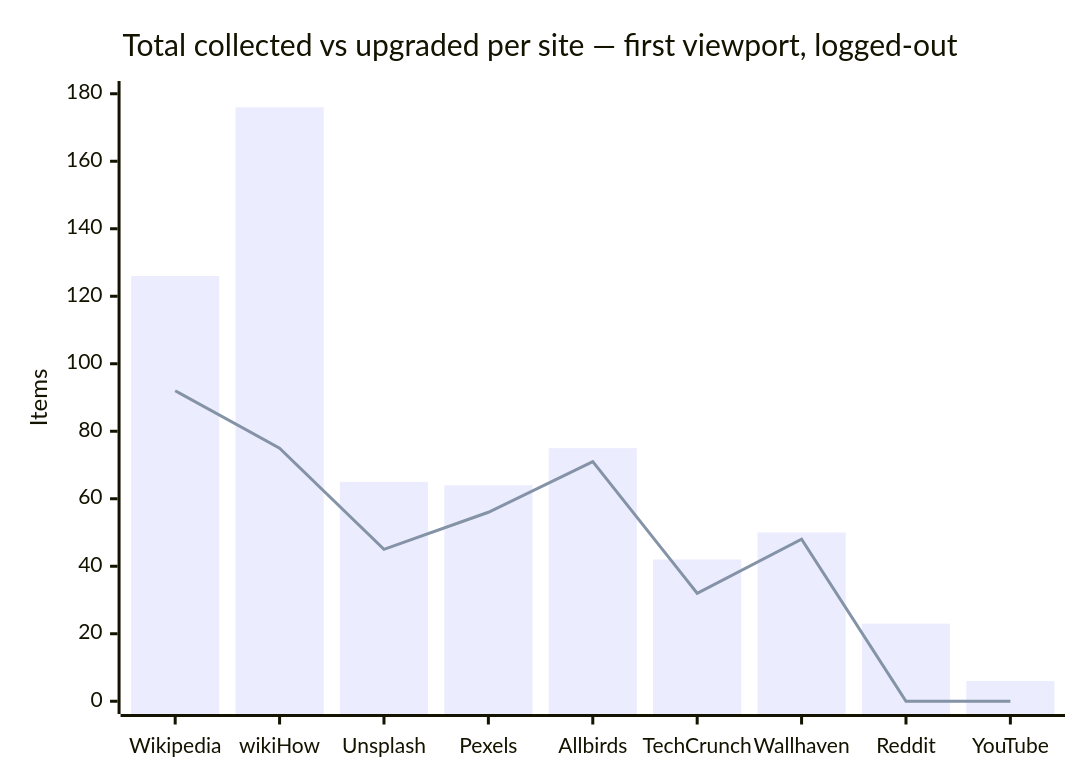
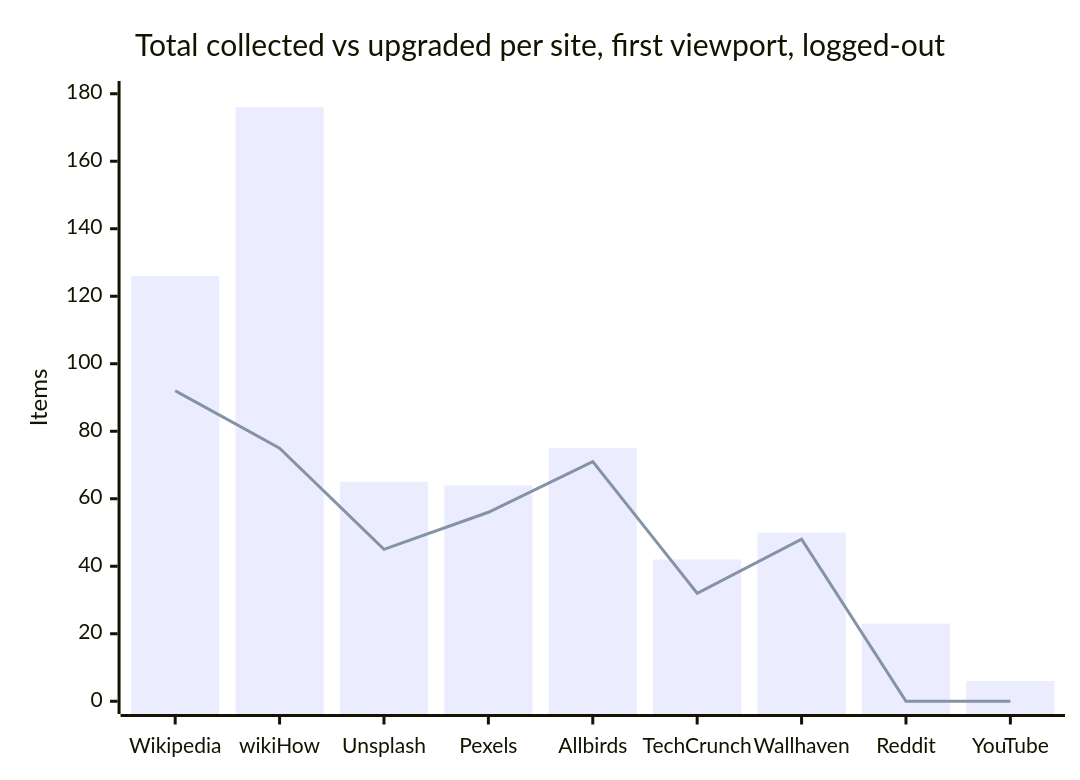
Before and after one commit to mralaminahamed/media-bulk-downloads: the diagram in docs/website/src/content/docs/benchmark/results.md, drawn with Mermaid. The commit also changed other lines of this file and 49 other files, not shown here.

````diff
--- a/docs/website/src/content/docs/benchmark/results.md
+++ b/docs/website/src/content/docs/benchmark/results.md
@@ -34,8 +34,8 @@
 ```mermaid
 xychart-beta
-    title "Total collected vs upgraded per site — first viewport, logged-out"
+    title "Total collected vs upgraded per site, first viewport, logged-out"
     x-axis ["Wikipedia", "wikiHow", "Unsplash", "Pexels", "Allbirds", "TechCrunch", "Wallhaven", "Reddit", "YouTube"]
     y-axis "Items" 0 --> 180
     bar [126, 176, 65, 64, 75, 42, 50, 23, 6]
     line [92, 75, 45, 56, 71, 32, 48, 0, 0]
 ```
````
